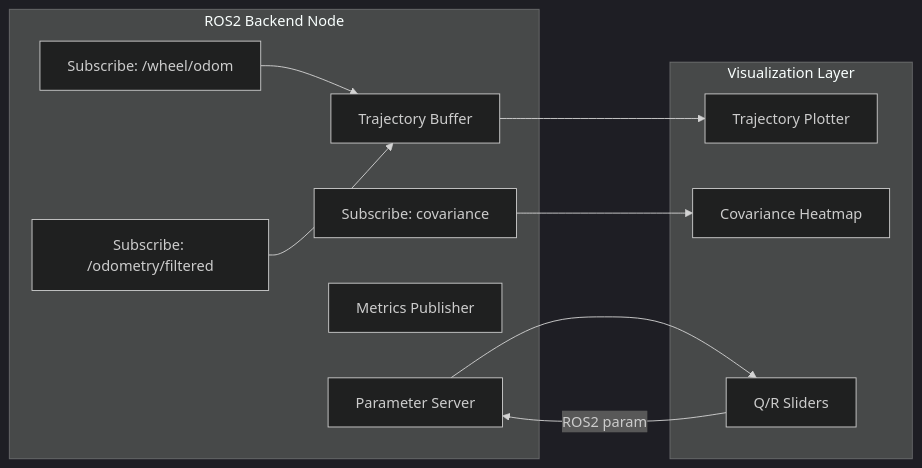
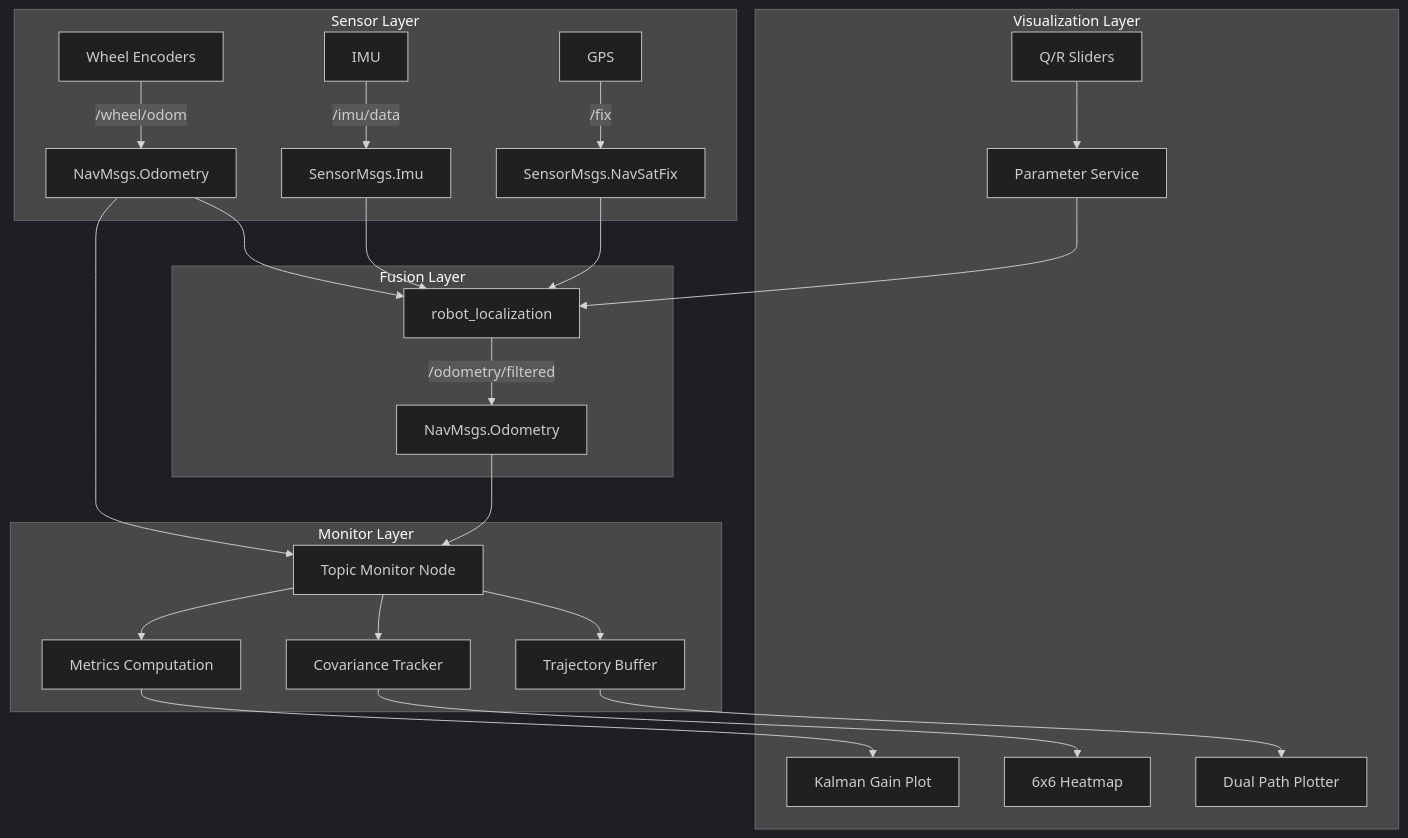
The diagram in wiki/00-Current-Projects/aerofuse.md (Anirudh-2810/Second-Brain), drawn with Mermaid (dark theme) before and after one commit. The commit also changed other lines of this file and 8 other files, not shown here.

````diff
--- a/wiki/00-Current-Projects/aerofuse.md
+++ b/wiki/00-Current-Projects/aerofuse.md
@@ -39,24 +53,31 @@
 ```mermaid
-flowchart LR
-    subgraph Backend[ROS2 Backend Node]
-        A[Subscribe: /wheel/odom]
-        B[Subscribe: /odometry/filtered]
-        C[Subscribe: covariance]
-        D[Trajectory Buffer]
-        E[Metrics Publisher]
-        F[Parameter Server]
+flowchart TD
+    subgraph Sensors[Sensor Layer]
+        A1[Wheel Encoders] -->|/wheel/odom| B1[NavMsgs.Odometry]
+        A2[IMU] -->|/imu/data| B2[SensorMsgs.Imu]
+        A3[GPS] -->|/fix| B3[SensorMsgs.NavSatFix]
+    end
+    
+    subgraph Fusion[Fusion Layer]
+        B1 --> C[robot_localization]
+        B2 --> C
+        B3 --> C
+        C -->|/odometry/filtered| D[NavMsgs.Odometry]
+    end
+    
+    subgraph Monitor[Monitor Layer]
+        D --> E[Topic Monitor Node]
+        B1 --> E
+        E --> F[Trajectory Buffer]
+        E --> G[Covariance Tracker]
+        E --> H[Metrics Computation]
     end
     
     subgraph UI[Visualization Layer]
-        G[Trajectory Plotter]
-        H[Covariance Heatmap]
-        I[Q/R Sliders]
+        F --> I[Dual Path Plotter]
+        G --> J[6x6 Heatmap]
+        H --> K[Kalman Gain Plot]
+        L[Q/R Sliders] --> M[Parameter Service]
+        M --> C
     end
-    
-    A --> D
-    B --> D
-    C --> H
-    D --> G
-    F --> I
-    I -->|ROS2 param| F
 ```
````
